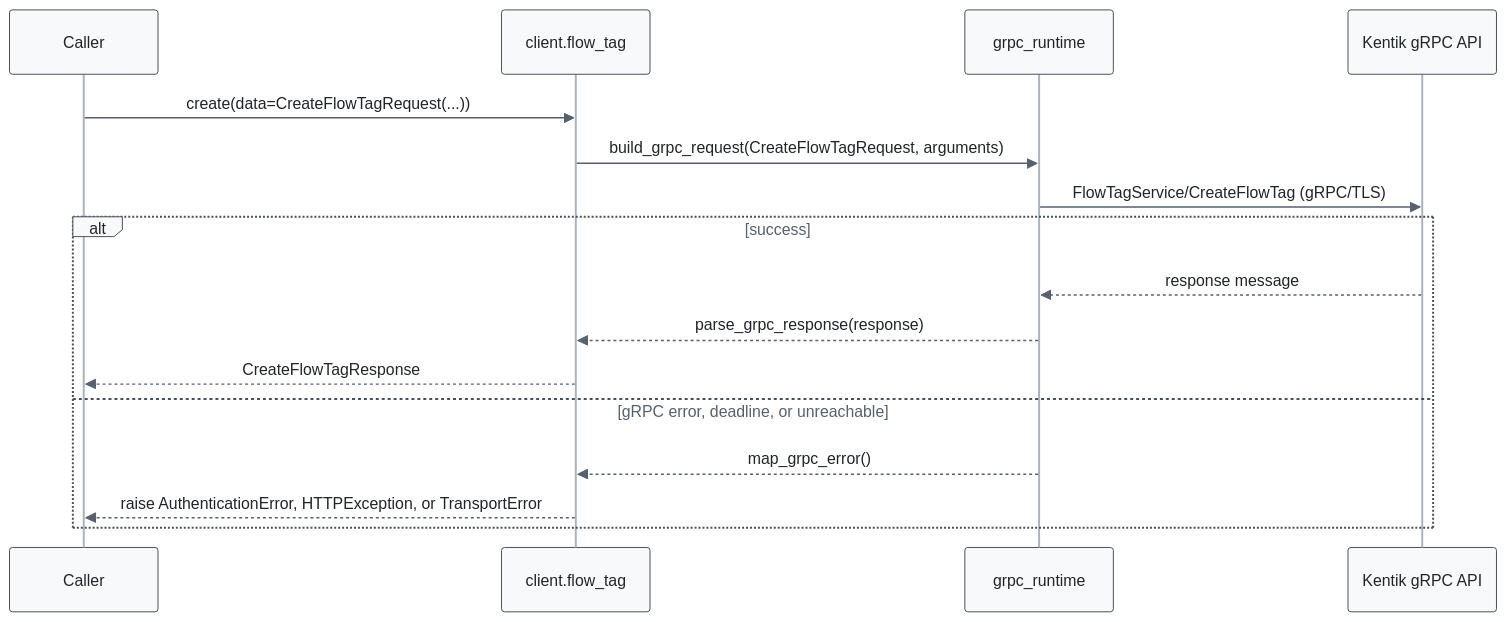
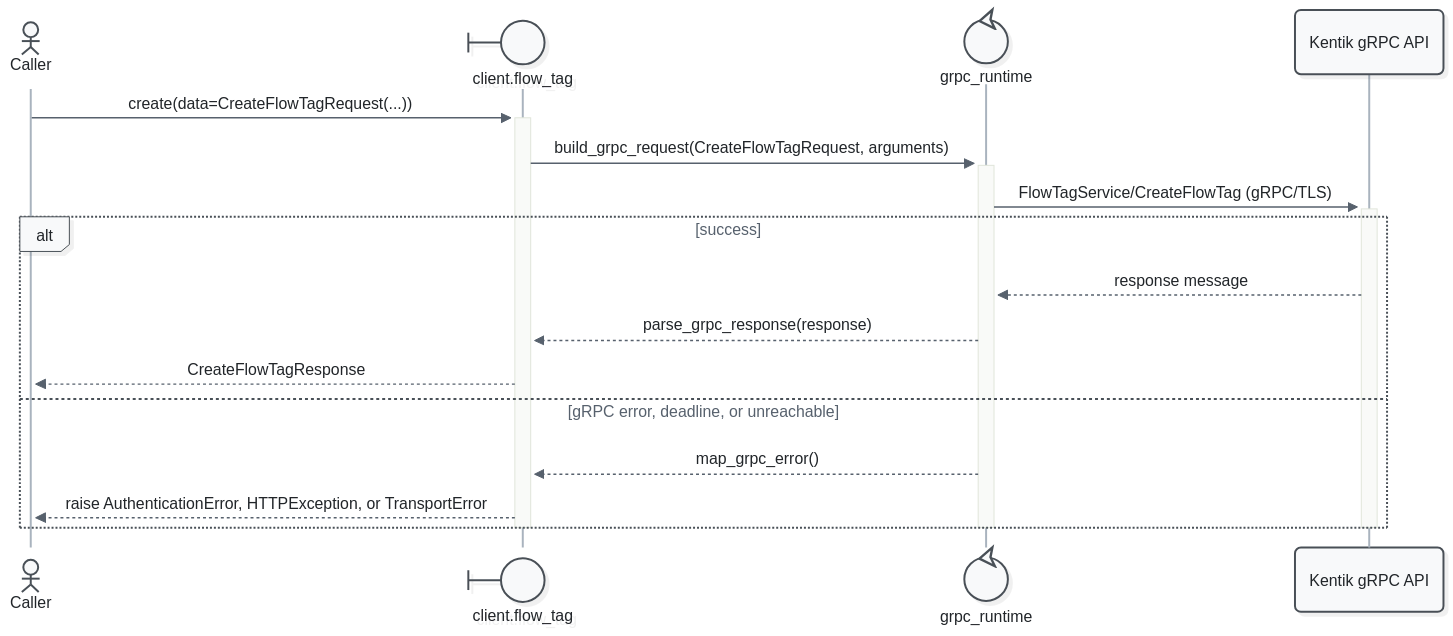
One commit to alexdearaujo/community_sdk_python changed the fourth of 11 diagrams in docs/sphinx/services/flow_tag.md. Above: the diagram before and after it, drawn with Mermaid. The commit also changed other lines of this file and 52 other files, not shown here.

First line of the commit message:
docs: Mermaid 12 sequence diagrams with participant types and path colors

````diff
--- a/docs/sphinx/services/flow_tag.md
+++ b/docs/sphinx/services/flow_tag.md
@@ -135,20 +142,23 @@
 ```mermaid
-%%{init: {"theme": "base", "fontFamily": "ui-monospace, SFMono-Regular, Menlo, monospace", "themeVariables": {"fontFamily": "ui-monospace, SFMono-Regular, Menlo, monospace", "primaryColor": "#f8f9fa", "primaryBorderColor": "#495057", "primaryTextColor": "#212529", "textColor": "#212529", "lineColor": "#77818c", "edgeLabelBackground": "#ffffff", "actorBkg": "#f8f9fa", "actorBorder": "#495057", "actorTextColor": "#212529", "actorLineColor": "#a9b3be", "signalColor": "#57616d", "signalTextColor": "#212529", "labelBoxBkgColor": "#f8f9fa", "labelBoxBorderColor": "#495057", "labelTextColor": "#212529", "loopTextColor": "#57616d", "noteBkgColor": "#fff9db", "noteBorderColor": "#f08c00", "noteTextColor": "#a35a00"}, "flowchart": {"curve": "step", "nodeSpacing": 30, "rankSpacing": 70, "wrappingWidth": 400}}}%%
+%%{init: {"theme": "redux", "look": "neo", "layout": "dagre", "fontFamily": "ui-monospace, SFMono-Regular, Menlo, monospace", "themeVariables": {"fontFamily": "ui-monospace, SFMono-Regular, Menlo, monospace", "primaryColor": "#f8f9fa", "primaryBorderColor": "#495057", "primaryTextColor": "#212529", "textColor": "#212529", "lineColor": "#77818c", "edgeLabelBackground": "#ffffff", "actorBkg": "#f8f9fa", "actorBorder": "#495057", "actorTextColor": "#212529", "actorLineColor": "#a9b3be", "signalColor": "#57616d", "signalTextColor": "#212529", "labelBoxBkgColor": "#f8f9fa", "labelBoxBorderColor": "#495057", "labelTextColor": "#212529", "loopTextColor": "#57616d", "noteBkgColor": "#fff9db", "noteBorderColor": "#f08c00", "noteTextColor": "#a35a00"}, "sequence": {"activationWidth": 16}, "flowchart": {"curve": "step", "nodeSpacing": 30, "rankSpacing": 70, "wrappingWidth": 400}}}%%
 sequenceDiagram
-    participant C as Caller
-    participant W as client.flow_tag
-    participant R as grpc_runtime
+    actor C as Caller
+    participant W@{ "type": "boundary" } as client.flow_tag
+    participant R@{ "type": "control" } as grpc_runtime
     participant API as Kentik gRPC API
 
-    C->>W: create(data=CreateFlowTagRequest(...))
-    W->>R: build_grpc_request(CreateFlowTagRequest, arguments)
-    R->>API: FlowTagService/CreateFlowTag (gRPC/TLS)
+    C->>+W: create(data=CreateFlowTagRequest(...))
+    W->>+R: build_grpc_request(CreateFlowTagRequest, arguments)
+    R->>+API: FlowTagService/CreateFlowTag (gRPC/TLS)
     alt success
         API-->>R: response message
         R-->>W: parse_grpc_response(response)
         W-->>C: CreateFlowTagResponse
     else gRPC error, deadline, or unreachable
         R-->>W: map_grpc_error()
         W-->>C: raise AuthenticationError, HTTPException, or TransportError
     end
+    deactivate API
+    deactivate R
+    deactivate W
 ```
````
